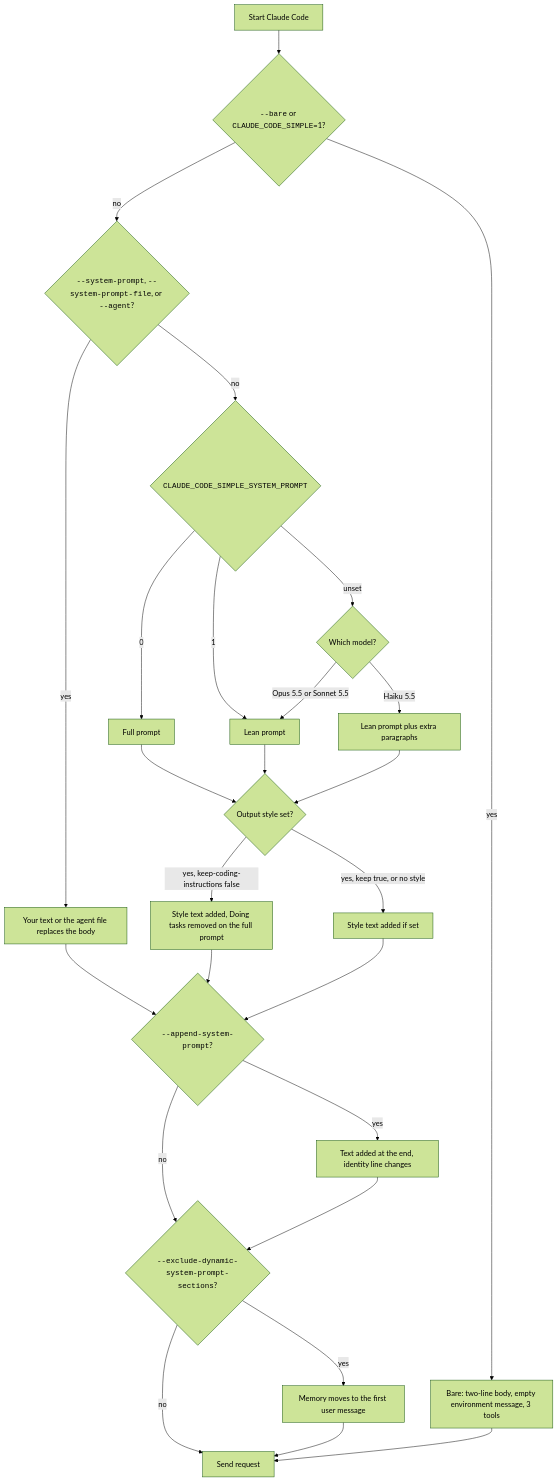
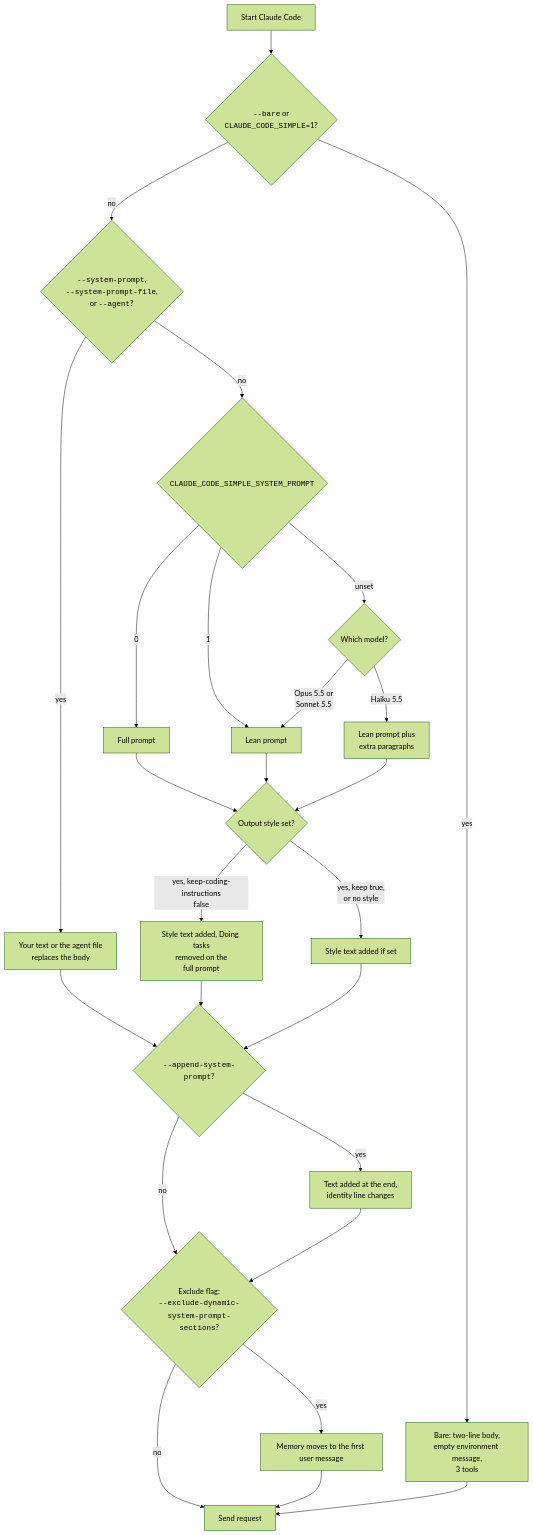
The diagram in plugin/mcp/snapshot/pages/prompts.md (xsyetopz/claude-code-docs), drawn with Mermaid (forest theme) before and after one commit. The commit also changed 19 other files, not shown here.

Commit message:
docs: split diagrams that overflow at 1280px

````diff
--- a/plugin/mcp/snapshot/pages/prompts.md
+++ b/plugin/mcp/snapshot/pages/prompts.md
@@ -132,28 +132,28 @@
 ```mermaid
 flowchart TD
-  A["Start Claude Code"] --> B{"<code>--bare</code> or <code>CLAUDE_CODE_SIMPLE</code>=1?"}
-  B -- yes --> C["Bare: two-line body, empty environment message, 3 tools"]
-  B -- no --> D{"<code>--system-prompt</code>, <code>--system-prompt-file</code>, or <code>--agent</code>?"}
-  D -- yes --> E["Your text or the agent file replaces the body"]
+  A["Start Claude Code"] --> B{"<code>--bare</code> or<br/><code>CLAUDE_CODE_SIMPLE</code>=1?"}
+  B -- yes --> C["Bare: two-line body,<br/>empty environment message,<br/>3 tools"]
+  B -- no --> D{"<code>--system-prompt</code>,<br/><code>--system-prompt-file</code>,<br/>or <code>--agent</code>?"}
+  D -- yes --> E["Your text or the agent file<br/>replaces the body"]
   D -- no --> F{"<code>CLAUDE_CODE_SIMPLE_SYSTEM_PROMPT</code>"}
   F -- "0" --> G["Full prompt"]
   F -- "1" --> H["Lean prompt"]
   F -- unset --> I{"Which model?"}
-  I -- "Opus 5.5 or Sonnet 5.5" --> H
-  I -- "Haiku 5.5" --> J["Lean prompt plus extra paragraphs"]
+  I -- "Opus 5.5 or<br/>Sonnet 5.5" --> H
+  I -- "Haiku 5.5" --> J["Lean prompt plus<br/>extra paragraphs"]
   G --> K{"Output style set?"}
   H --> K
   J --> K
   E --> L
-  K -- "yes, keep-coding-instructions false" --> M["Style text added, Doing tasks removed on the full prompt"]
-  K -- "yes, keep true, or no style" --> N["Style text added if set"]
+  K -- "yes, keep-coding-instructions<br/>false" --> M["Style text added, Doing tasks<br/>removed on the<br/>full prompt"]
+  K -- "yes, keep true,<br/>or no style" --> N["Style text added if set"]
   M --> L{"<code>--append-system-prompt</code>?"}
   N --> L
-  L -- yes --> O["Text added at the end, identity line changes"]
-  L -- no --> P{"<code>--exclude-dynamic-system-prompt-sections</code>?"}
+  L -- yes --> O["Text added at the end,<br/>identity line changes"]
+  L -- no --> P{"Exclude flag:<br/><code>--exclude-dynamic-system-prompt-sections</code>?"}
   O --> P
   P -- yes --> Q["Memory moves to the first user message"]
   P -- no --> R["Send request"]
   Q --> R
   C --> R
 ```
````
